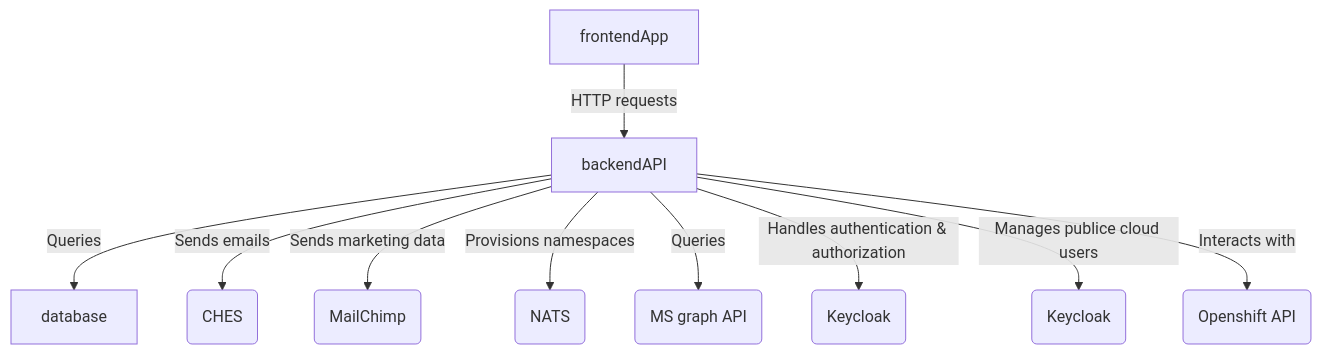
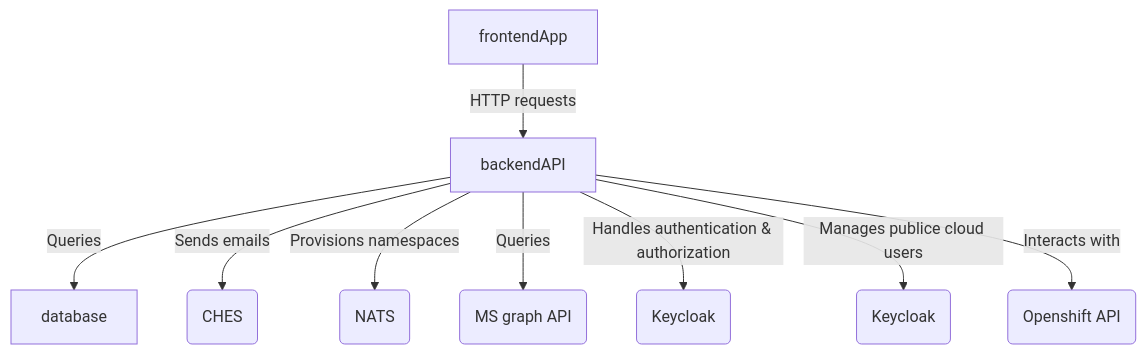
One commit to bcgov/platform-services-registry changed the diagram in README.md. Above: the diagram before and after it, drawn with Mermaid.

Commit message:
chore(3793): remove mautic/mailchimp from service diagram

````diff
--- a/README.md
+++ b/README.md
@@ -97,12 +97,11 @@
 ```mermaid
 graph TD;
     frontendApp-->|HTTP requests| backendAPI;
     backendAPI-->|Queries| database;
     backendAPI-->|Sends emails| emailService(CHES);
-    backendAPI-->|Sends marketing data| marketingService(MailChimp);
     backendAPI-->|Provisions namespaces| namespaceProvisioner(NATS);
     backendAPI-->|Queries| MSGraphAPI(MS graph API);
     backendAPI-->|Handles authentication & authorization| authAuthorization(Keycloak);
     backendAPI-->|Manages publice cloud users| publicCloudUserManagement(Keycloak);
     backendAPI-->|Interacts with| openshiftAPI(Openshift API);
 ```
````
